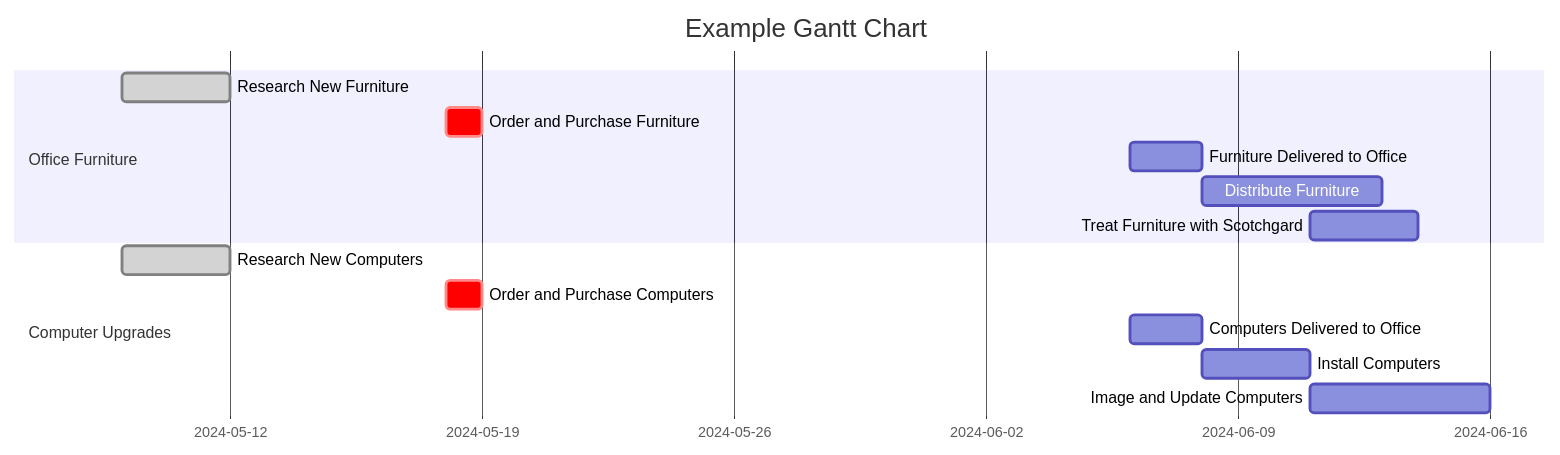
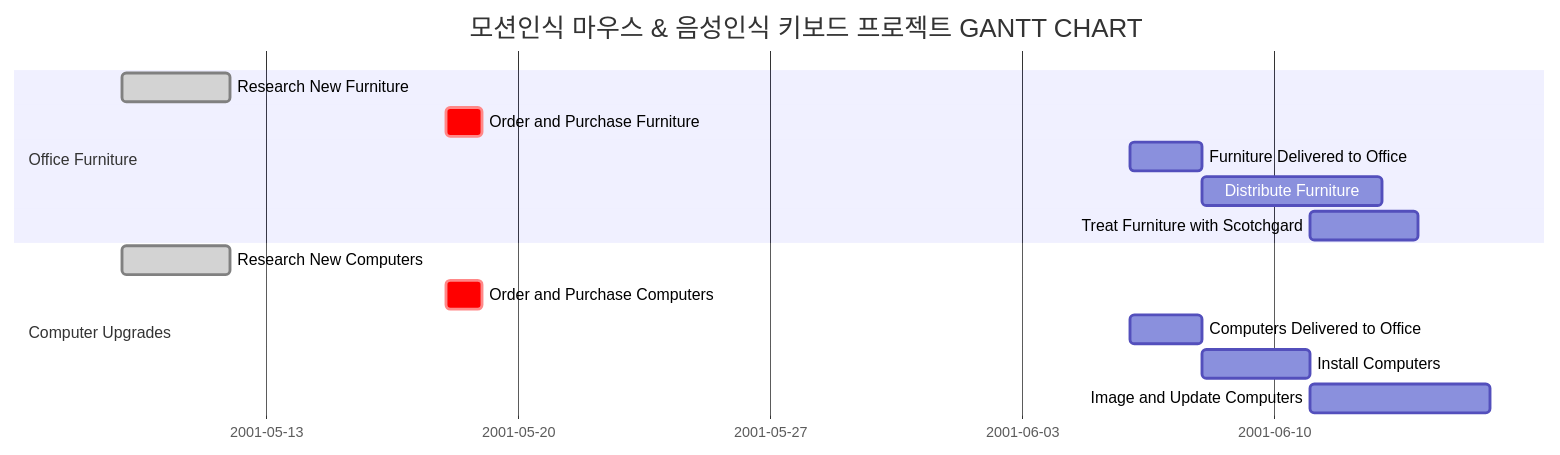
The diagram in README.md (CodeMystero/motionKeyboardMouse), drawn with Mermaid before and after one commit.

````diff
--- a/README.md
+++ b/README.md
@@ -68,19 +68,19 @@
 ```mermaid
 gantt
-    dateFormat  MM-DD
-    title       Example Gantt Chart
+    dateFormat  MM-DD-YYYY
+    title       모션인식 마우스 & 음성인식 키보드 프로젝트 GANTT CHART
 	
 	section Office Furniture
 		Research New Furniture	:done, 05-09, 3d
                 Order and Purchase Furniture  :crit, 05-18, 1d
 		Furniture Delivered to Office	: a1, 06-06, 2d
 		Distribute Furniture	:a2, after a1, 5d
 		Treat Furniture with Scotchgard	:after a2, 3d
 	
 	section Computer Upgrades
 		Research New Computers	:done, 05-09, 3d
                 Order and Purchase Computers  :crit, 05-18, 1d
 		Computers Delivered to Office	: a1, 06-06, 2d
 		Install Computers	:a2, after a1, 3d
 		Image and Update Computers	:after a2, 5d
 ```
````
